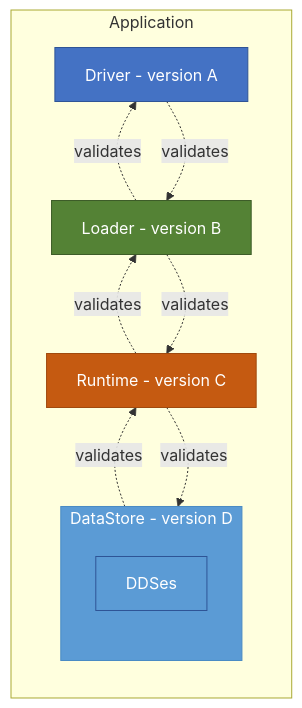
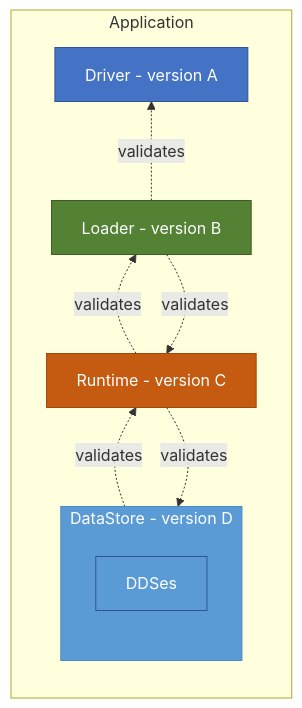
Before and after one commit to microsoft/FluidFramework: the diagram in LayerCompatibility.md, drawn with Mermaid. The commit also changed other lines of this file and 30 other files, not shown here.

First line of the commit message:
Revert "feat(driver): validate Loader compatibility with Driver across the boundary (#27516)"

````diff
--- a/LayerCompatibility.md
+++ b/LayerCompatibility.md
@@ -32,27 +32,26 @@
 ```mermaid
 flowchart
     subgraph Application
         direction BT
         Driver[Driver - version A]
         Loader[Loader - version B]
         Runtime[Runtime - version C]
         subgraph DataStore[DataStore - version D]
             DDSes[DDSes]
         end
     end
 
     %% Validation relationships
     Loader -.->|validates| Driver
-    Driver -.->|validates| Loader
     Loader -.->|validates| Runtime
     Runtime -.->|validates| Loader
     Runtime -.->|validates| DataStore
     DataStore -.->|validates| Runtime
 
     %% Node styles
     style Driver fill:#4472c4,stroke:#2f5496,color:#fff
     style Loader fill:#548235,stroke:#3d5c28,color:#fff
     style Runtime fill:#c55a11,stroke:#a04a0e,color:#fff
     style DataStore fill:#5b9bd5,stroke:#4a8bc4,color:#fff
     style DDSes fill:#5b9bd5,stroke:#2f5496,color:#fff,stroke-width:1px
 ```
````
